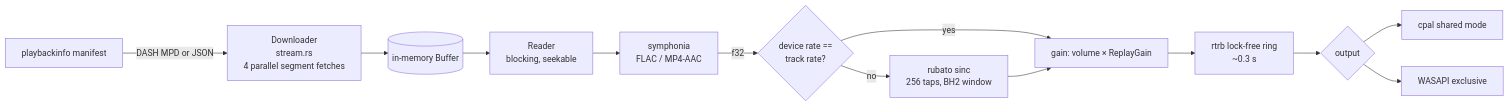
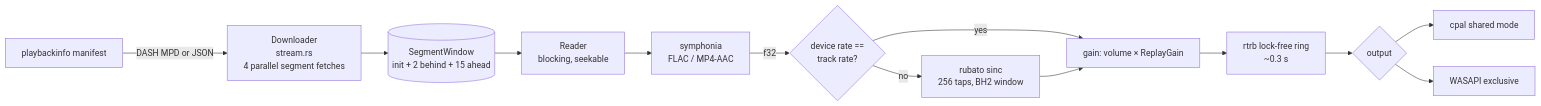
Before and after one commit to RaunaCO/Abyss: the diagram in docs/AUDIO.md, drawn with Mermaid. The commit also changed other lines of this file and 300 other files, not shown here.

````diff
--- a/docs/AUDIO.md
+++ b/docs/AUDIO.md
@@ -3,15 +3,15 @@
 ```mermaid
 flowchart LR
     M[playbackinfo manifest] -->|DASH MPD or JSON| SRC
-    SRC[Downloader<br/>stream.rs<br/>4 parallel segment fetches] --> BUF[(in-memory Buffer)]
+    SRC[Downloader<br/>stream.rs<br/>4 parallel segment fetches] --> BUF[(SegmentWindow<br/>init + 2 behind + 15 ahead)]
     BUF --> R[Reader<br/>blocking, seekable]
     R --> DEC[symphonia<br/>FLAC / MP4-AAC]
     DEC -->|f32| RS{device rate ==<br/>track rate?}
     RS -- no --> RUB[rubato sinc<br/>256 taps, BH2 window]
     RS -- yes --> G
     RUB --> G[gain: volume × ReplayGain]
     G --> RING[rtrb lock-free ring<br/>~0.3 s]
     RING --> OUT{output}
     OUT --> SH[cpal shared mode]
     OUT --> EX[WASAPI exclusive]
 ```
````
